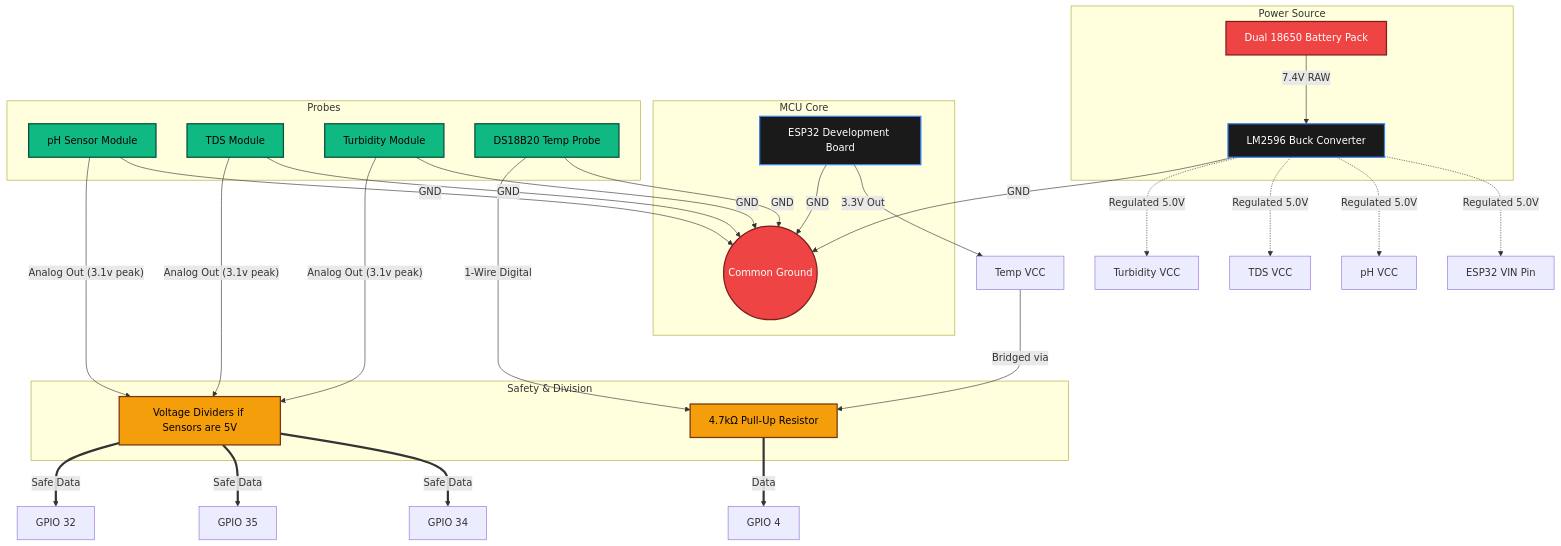
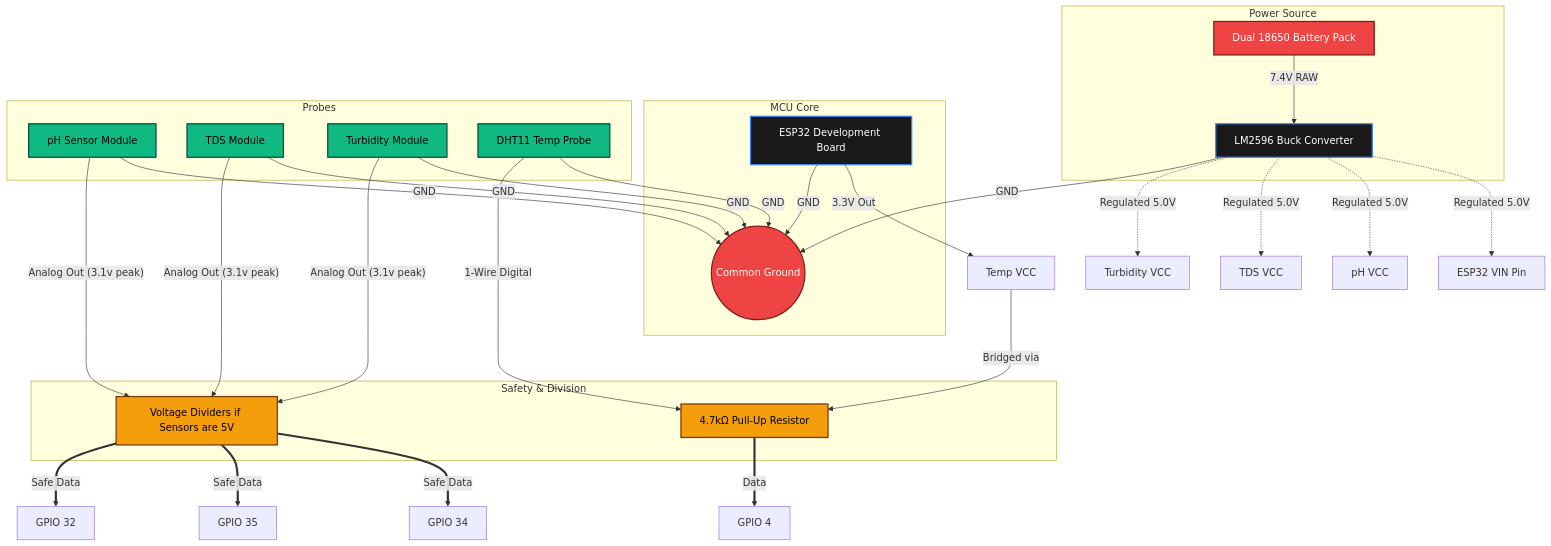
Before and after one commit to Ryan-gomezzz/pharmaceutical_pollutants_iot: the diagram in docs/hardware_setup.md, drawn with Mermaid. The commit also changed other lines of this file and 1 other file, not shown here.

Commit message:
feat: Migrate temp sensor from DS18B20 to DHT11

````diff
--- a/docs/hardware_setup.md
+++ b/docs/hardware_setup.md
@@ -46,60 +46,60 @@
 ```mermaid
 graph TD
     classDef hardware fill:#1a1a1a,stroke:#3b82f6,stroke-width:2px,color:#fff;
     classDef power fill:#ef4444,stroke:#7f1d1d,stroke-width:2px,color:#fff;
     classDef sensor fill:#10b981,stroke:#064e3b,stroke-width:2px,color:#000;
     classDef resistor fill:#f59e0b,stroke:#78350f,stroke-width:2px,color:#000;
 
     subgraph Power Source
         BAT[Dual 18650 Battery Pack]:::power
         BUCK[LM2596 Buck Converter]:::hardware
     end
 
     subgraph MCU Core
         ESP[ESP32 Development Board]:::hardware
         GND((Common Ground)):::power
     end
 
     subgraph Probes
         S_PH[pH Sensor Module]:::sensor
         S_TDS[TDS Module]:::sensor
         S_TURB[Turbidity Module]:::sensor
-        S_TEMP[DS18B20 Temp Probe]:::sensor
+        S_TEMP[DHT11 Temp Probe]:::sensor
     end
 
     subgraph Safety & Division
         R_PULLUP[4.7kΩ Pull-Up Resistor]:::resistor
         DIVIDER[Voltage Dividers if Sensors are 5V]:::resistor
     end
 
     %% Power Routing
     BAT -- "7.4V RAW" --> BUCK
     BUCK -. "Regulated 5.0V" .-> ESP_VIN[ESP32 VIN Pin]
     BUCK -. "Regulated 5.0V" .-> S_PH_VCC[pH VCC]
     BUCK -. "Regulated 5.0V" .-> S_TDS_VCC[TDS VCC]
     BUCK -. "Regulated 5.0V" .-> S_TURB_VCC[Turbidity VCC]
     
     ESP -- "3.3V Out" --> S_TEMP_VCC[Temp VCC]
     
     %% Ground Commonization
     BUCK -- "GND" --> GND
     ESP -- "GND" --> GND
     S_PH -- "GND" --> GND
     S_TDS -- "GND" --> GND
     S_TURB -- "GND" --> GND
     S_TEMP -- "GND" --> GND
 
     %% Data Routing
     S_PH -- "Analog Out (3.1v peak)" --> DIVIDER
     S_TDS -- "Analog Out (3.1v peak)" --> DIVIDER
     S_TURB -- "Analog Out (3.1v peak)" --> DIVIDER
     
     DIVIDER == "Safe Data" ==> ESP_G34[GPIO 34]
     DIVIDER == "Safe Data" ==> ESP_G35[GPIO 35]
     DIVIDER == "Safe Data" ==> ESP_G32[GPIO 32]
 
     %% Temp Specifics
     S_TEMP_VCC -- "Bridged via" --> R_PULLUP
     S_TEMP -- "1-Wire Digital" --> R_PULLUP
     R_PULLUP == "Data" ==> a4[GPIO 4]
 ```
````
